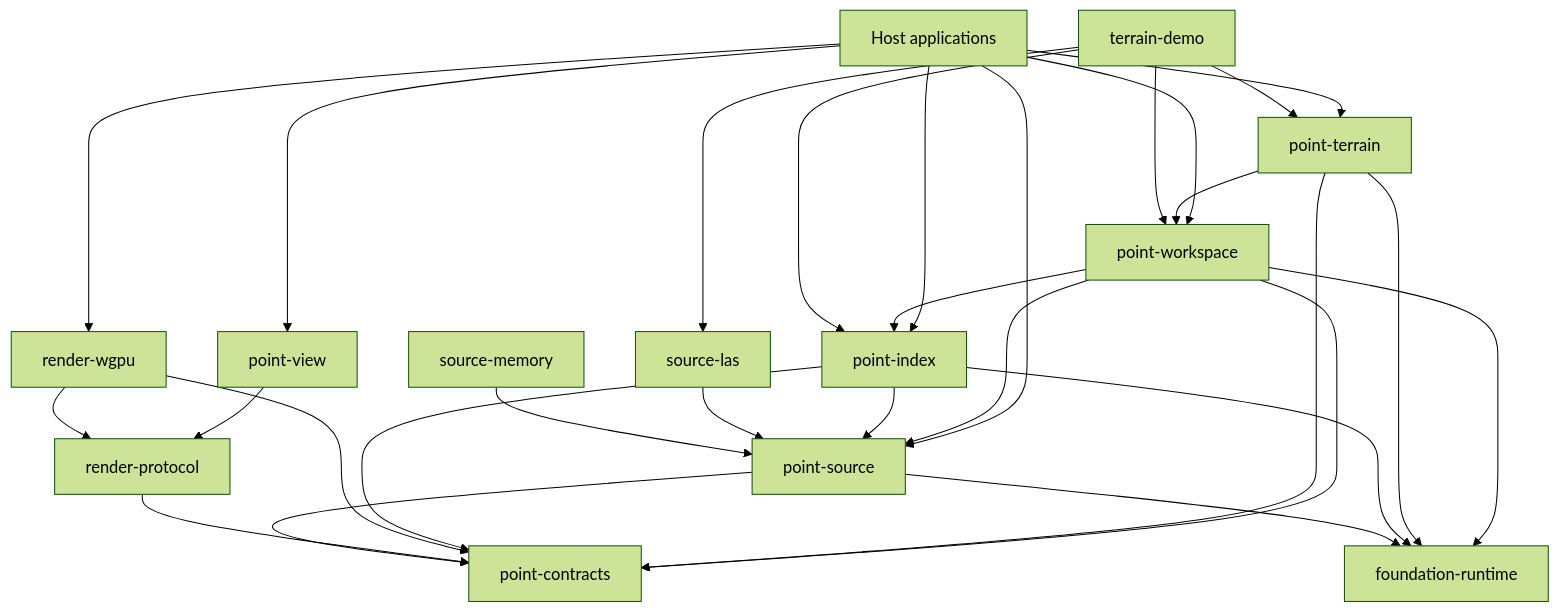
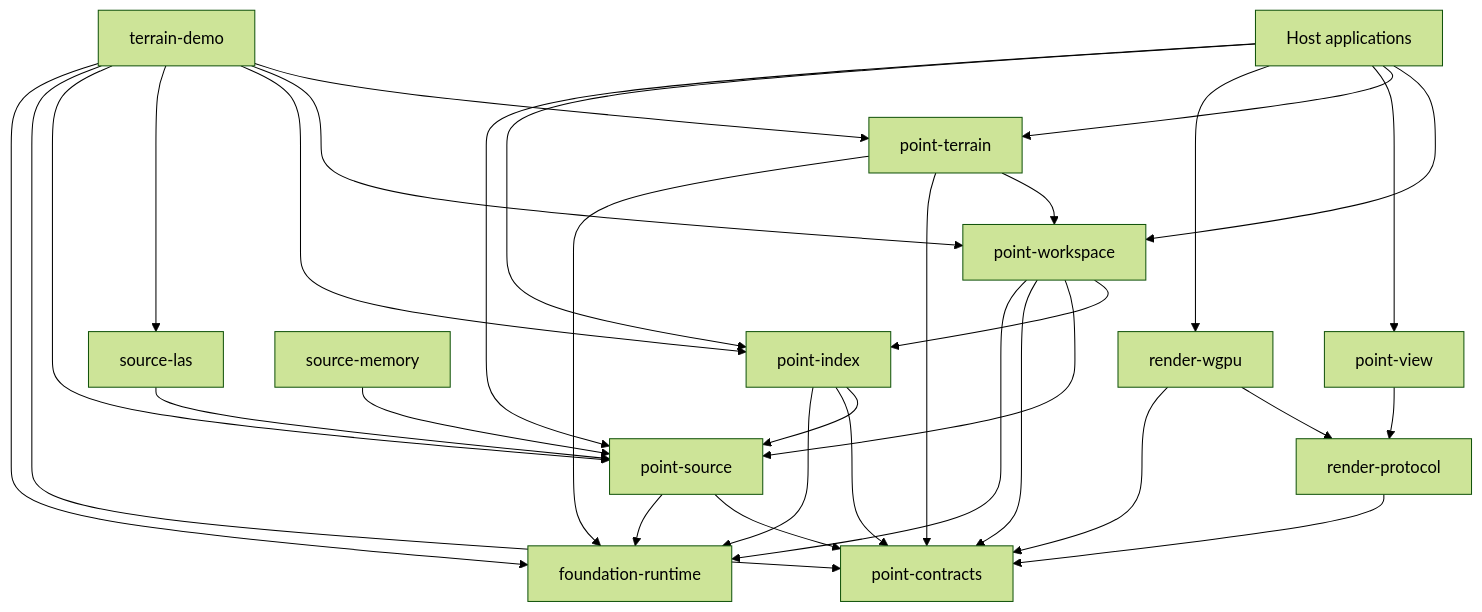
Before and after one commit to xxibcill/punctra: the diagram in docs/architecture/README.md, drawn with Mermaid (forest theme). The commit also changed other lines of this file and 27 other files, not shown here.

```diff
--- a/docs/architecture/README.md
+++ b/docs/architecture/README.md
@@ -26,37 +30,40 @@
 ~~~mermaid
 flowchart TD
     APP["Host applications"] --> WS["point-workspace"]
     APP --> TER["point-terrain"]
     APP --> VIEW["point-view"]
     APP --> RW["render-wgpu"]
     APP --> IDX["point-index"]
     APP --> SRC["point-source"]
 
     WS --> IDX
     WS --> SRC
     WS --> CT["point-contracts"]
     WS --> RT["foundation-runtime"]
 
     TER --> WS
     TER --> CT
     TER --> RT
 
     IDX --> SRC
     IDX --> CT
     IDX --> RT
 
     VIEW --> RP["render-protocol"]
     RW --> RP
     RW --> CT
     RP --> CT
 
     SRC --> CT
     SRC --> RT
     LAS["source-las"] --> SRC
     MEM["source-memory"] --> SRC
 
     TDEMO["terrain-demo"] --> TER
     TDEMO --> WS
     TDEMO --> IDX
     TDEMO --> LAS
+    TDEMO --> SRC
+    TDEMO --> CT
+    TDEMO --> RT
 ~~~
```
